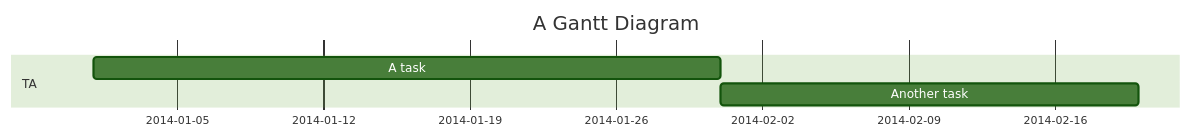
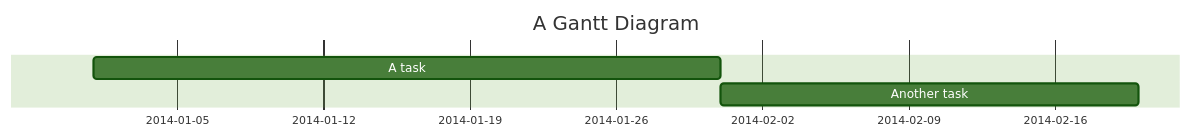
One commit to safwasd/iodraw-files changed the diagram in all/代码甘特图.md. Above: the diagram before and after it, drawn with Mermaid (forest theme).

Commit message:
2024-09-28 14:55:53 update

````diff
--- a/all/代码甘特图.md
+++ b/all/代码甘特图.md
@@ -1,10 +1,10 @@
 ```mermaid
 gantt
     title A Gantt Diagram
     dateFormat  YYYY-MM-DD
-    section TA
+    section  
     A task           :a1, 2014-01-01, 30d
     Another task     :after a1  , 20d
     
             
 ```
````
